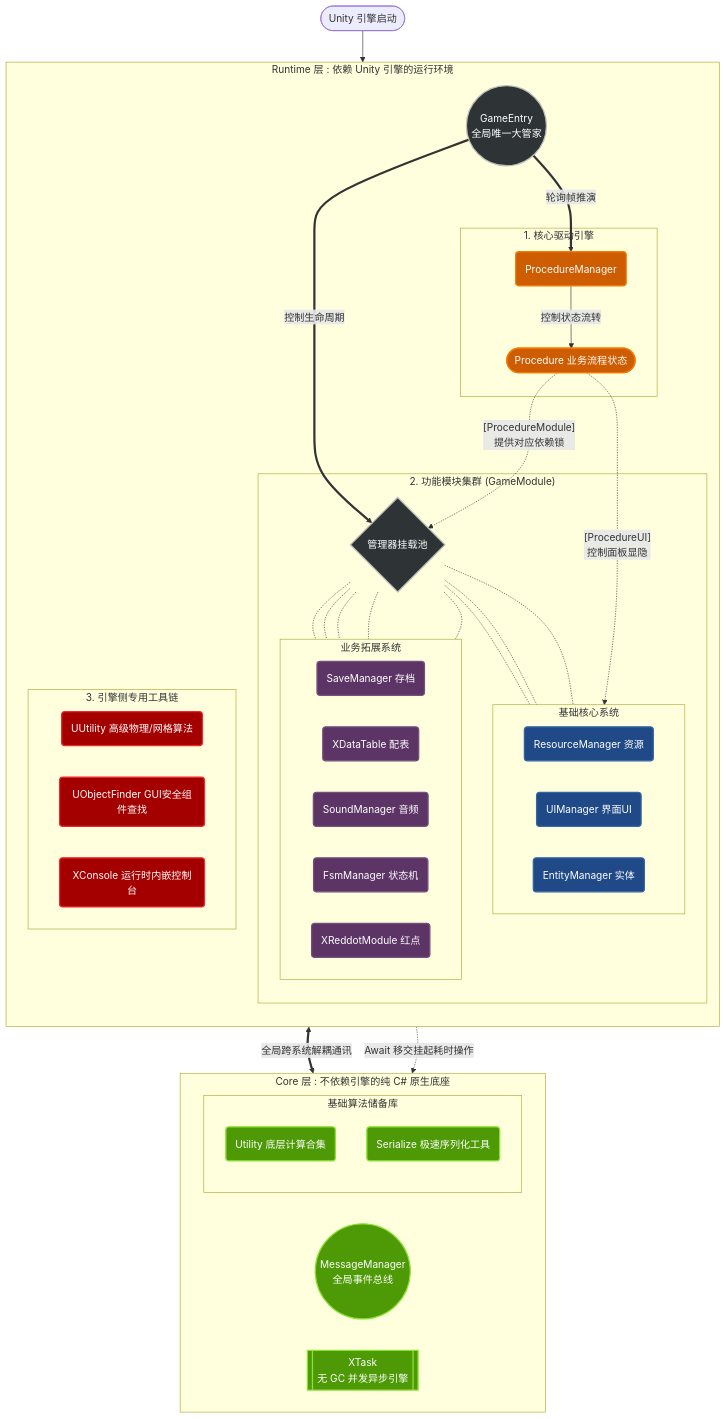
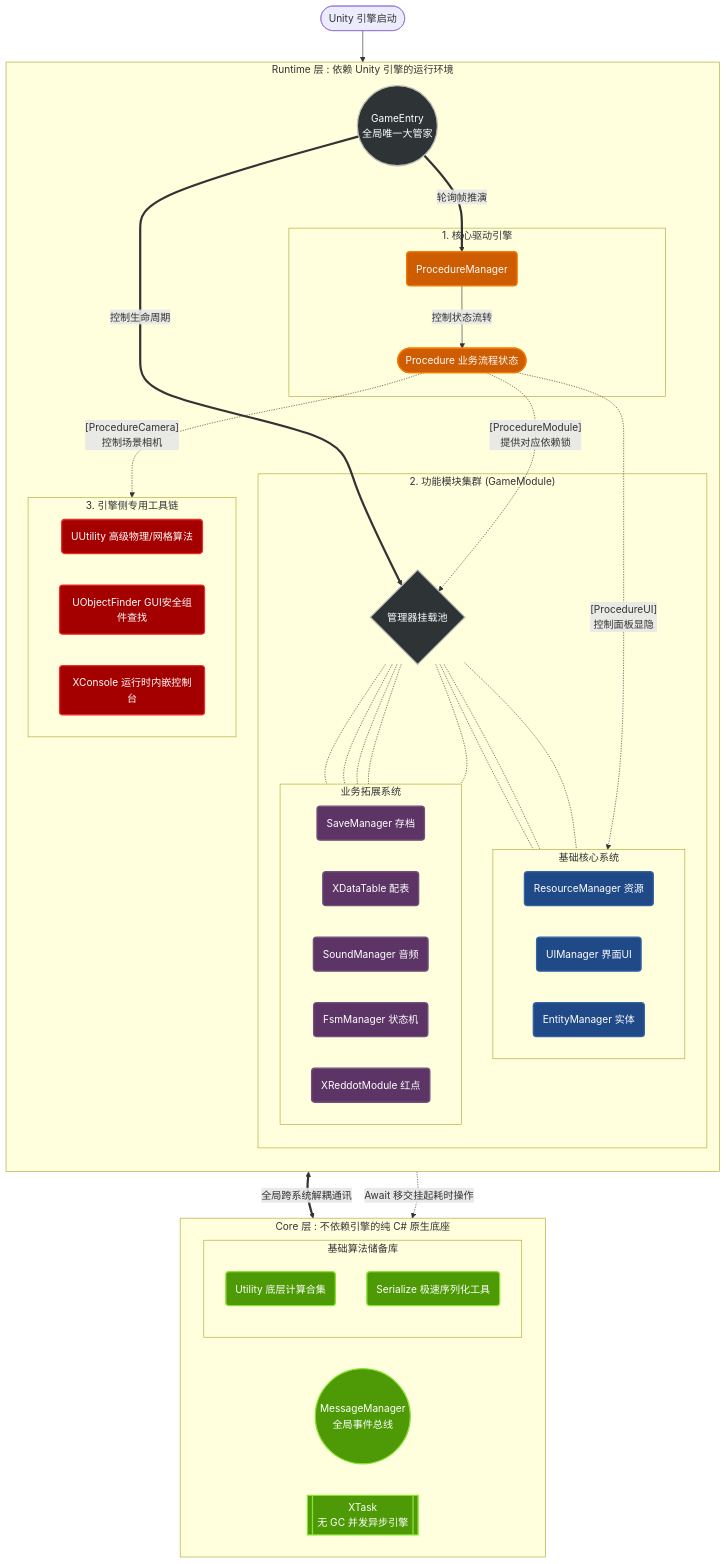
One commit to xdedzl/XFramework changed the diagram in README.md. Above: the diagram before and after it, drawn with Mermaid. The commit also changed other lines of this file and 4 other files, not shown here.

````diff
--- a/README.md
+++ b/README.md
@@ -20,75 +20,76 @@
 ```mermaid
 flowchart TB
     classDef c_entry fill:#2e3436,color:#fff,stroke:#babdb6,stroke-width:2px;
     classDef c_driver fill:#ce5c00,color:#fff,stroke:#f57900,stroke-width:2px;
     classDef c_mod_core fill:#204a87,color:#fff,stroke:#3465a4,stroke-width:2px;
     classDef c_mod_ext fill:#5c3566,color:#fff,stroke:#75507b,stroke-width:2px;
     classDef c_tool fill:#a40000,color:#fff,stroke:#ef2929,stroke-width:2px;
     classDef c_core fill:#4e9a06,color:#fff,stroke:#8ae234,stroke-width:2px;
 
     Start(["Unity 引擎启动"]) --> GameEntry:::c_entry
 
     subgraph RuntimeLayer ["Runtime 层 : 依赖 Unity 引擎的运行环境"]
         direction TB
         GameEntry(("GameEntry <br/>全局唯一大管家")):::c_entry
         
         subgraph Driver ["1. 核心驱动引擎"]
             PM("ProcedureManager"):::c_driver
             Proc(["Procedure 业务流程状态"]):::c_driver
             PM -->|"控制状态流转"| Proc
         end
         
         subgraph Modules ["2. 功能模块集群 (GameModule)"]
             ModPool{"管理器挂载池"}:::c_entry
             
             subgraph CoreMod ["基础核心系统"]
                 direction LR
                 Res("ResourceManager 资源"):::c_mod_core
                 UI("UIManager 界面UI"):::c_mod_core
                 Ent("EntityManager 实体"):::c_mod_core
             end
             
             subgraph ExtMod ["业务拓展系统"]
                 direction LR
                 Sav("SaveManager 存档"):::c_mod_ext
                 Dat("XDataTable 配表"):::c_mod_ext
                 Snd("SoundManager 音频"):::c_mod_ext
                 FSM("FsmManager 状态机"):::c_mod_ext
                 Red("XReddotModule 红点"):::c_mod_ext
             end
             
             ModPool -.- Res & UI & Ent
             ModPool -.- Dat & Sav & Snd & FSM & Red
         end
         
         subgraph UnityTools ["3. 引擎侧专用工具链"]
             direction LR
             UUtil("UUtility 高级物理/网格算法"):::c_tool
             Finder("UObjectFinder GUI安全组件查找"):::c_tool
             Console("XConsole 运行时内嵌控制台"):::c_tool
         end
         
         GameEntry ==>|"轮询帧推演"| PM
         GameEntry ==>|"控制生命周期"| ModPool
         
         %% 特性约束关联
         Proc -.->|"[ProcedureUI]<br/>控制面板显隐"| UI
+        Proc -.->|"[ProcedureCamera]<br/>控制场景相机"| UnityTools
         Proc -.->|"[ProcedureModule]<br/>提供对应依赖锁"| ModPool
     end
 
     subgraph CoreLayer ["Core 层 : 不依赖引擎的纯 C# 原生底座"]
         direction LR
         Msg(("MessageManager<br/>全局事件总线")):::c_core
         Task[["XTask<br/>无 GC 并发异步引擎"]]:::c_core
         
         subgraph CSharpTools ["基础算法储备库"]
             direction TB
             Util("Utility 底层计算合集"):::c_core
             Ser("Serialize 极速序列化工具"):::c_core
         end
     end
 
     %% 发送互动
     RuntimeLayer <==>|"全局跨系统解耦通讯"| Msg
     RuntimeLayer -.->|"Await 移交挂起耗时操作"| Task
 ```
````
